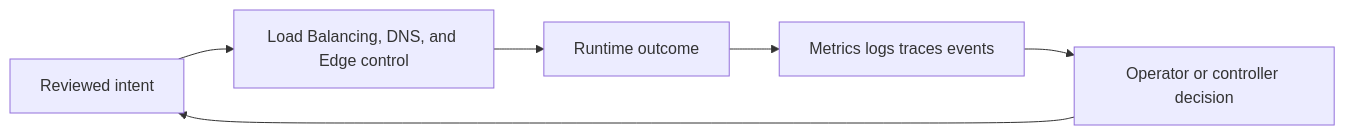
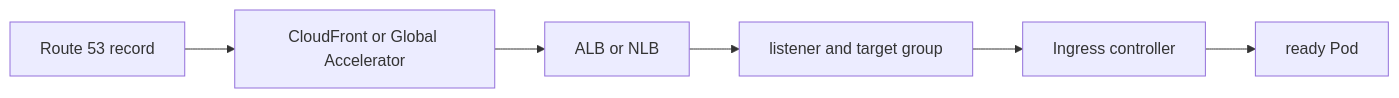
Before and after one commit to m1mohamad/devops-sre-prep: the diagram in docs/study/aws/05-load-balancing-dns-and-edge.md, drawn with Mermaid. The commit also changed other lines of this file and 61 other files, not shown here.

Commit message:
Replace generic architecture and study templates

````diff
--- a/docs/study/aws/05-load-balancing-dns-and-edge.md
+++ b/docs/study/aws/05-load-balancing-dns-and-edge.md
@@ -20,8 +15,4 @@
 ```mermaid
 flowchart LR
-  Intent[Reviewed intent] --> Control[Load Balancing, DNS, and Edge control]
-  Control --> Runtime[Runtime outcome]
-  Runtime --> Signals[Metrics logs traces events]
-  Signals --> Decision[Operator or controller decision]
-  Decision --> Intent
+  N0[Route 53 record] --> N1[CloudFront or Global Accelerator] --> N2[ALB or NLB] --> N3[listener and target group] --> N4[Ingress controller] --> N5[ready Pod]
 ```
````
